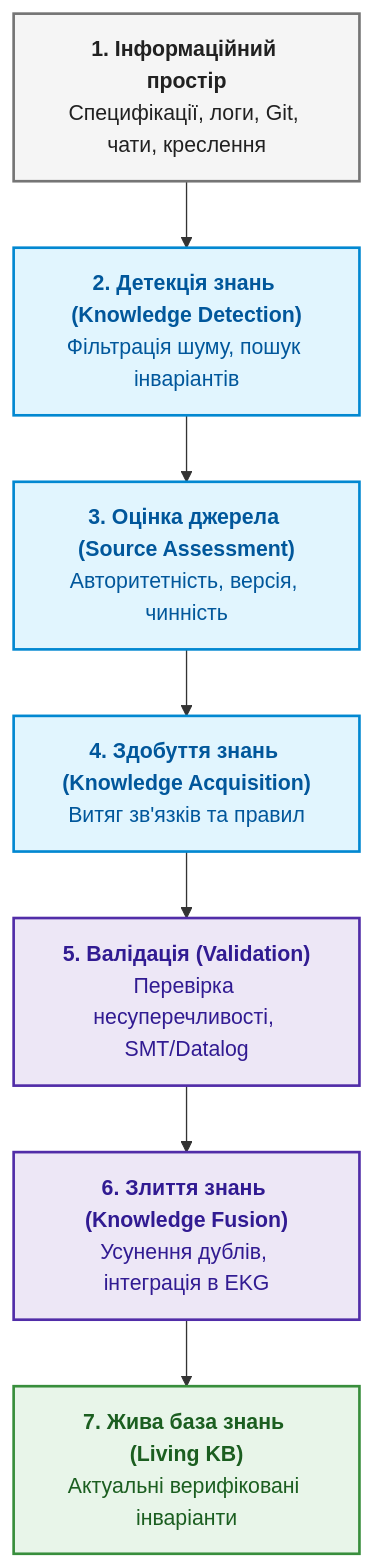
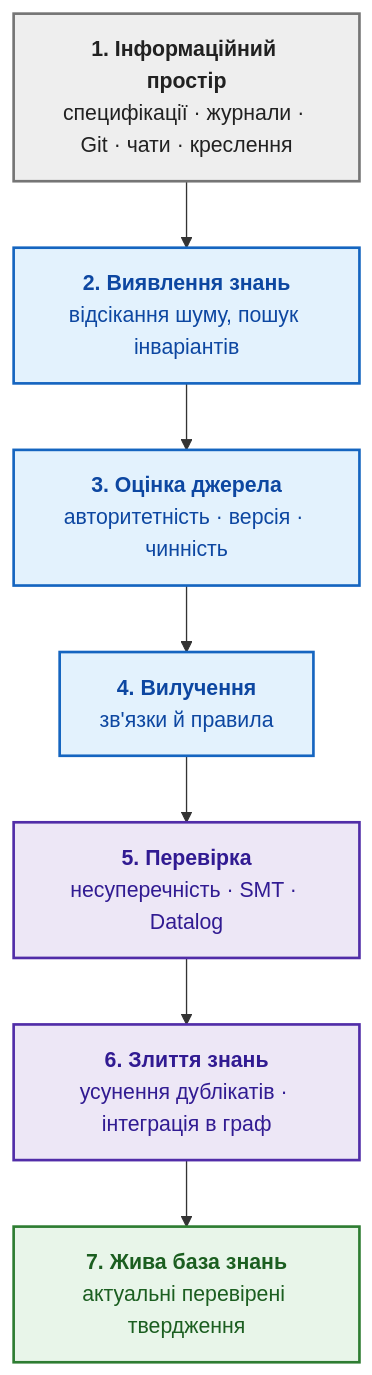
One commit to nick-fedchik/articles changed the ninth of 9 diagrams in ExpertSystem/ch10-knowledge-acquisition-systems.md. Above: the diagram before and after it, drawn with Mermaid. The commit also changed other lines of this file, not shown here.

Commit message:
docs(ch10): restructure knowledge acquisition chapter, third-person author practice, explained formulas, bitemporal Go example, verified numbered sources

````diff
--- a/ExpertSystem/ch10-knowledge-acquisition-systems.md
+++ b/ExpertSystem/ch10-knowledge-acquisition-systems.md
@@ -865,22 +687,22 @@
 ```mermaid
 flowchart TD
-    accTitle: Архітектура конвеєра Knowledge Acquisition 2.0
-    accDescr: Від інформаційного простору через детекцію, оцінку джерела, вилучення, валідацію та злиття до живої бази знань.
+    accTitle: Конвеєр здобуття знань 2.0
+    accDescr: Від інформаційного простору через виявлення знань, оцінку джерела, вилучення, перевірку й злиття до бази знань з актуальними перевіреними твердженнями.
 
-    IS["<b>1. Інформаційний простір</b><br/>Специфікації, логи, Git, чати, креслення"] --> KD["<b>2. Детекція знань (Knowledge Detection)</b><br/>Фільтрація шуму, пошук інваріантів"]
-    KD --> SA["<b>3. Оцінка джерела (Source Assessment)</b><br/>Авторитетність, версія, чинність"]
-    SA --> KA["<b>4. Здобуття знань (Knowledge Acquisition)</b><br/>Витяг зв'язків та правил"]
-    KA --> VAL["<b>5. Валідація (Validation)</b><br/>Перевірка несуперечливості, SMT/Datalog"]
-    VAL --> FUS["<b>6. Злиття знань (Knowledge Fusion)</b><br/>Усунення дублів, інтеграція в EKG"]
-    FUS --> LKB["<b>7. Жива база знань (Living KB)</b><br/>Актуальні верифіковані інваріанти"]
+    IS["<b>1. Інформаційний простір</b><br/>специфікації · журнали · Git · чати · креслення"] --> KD["<b>2. Виявлення знань</b><br/>відсікання шуму, пошук інваріантів"]
+    KD --> SA["<b>3. Оцінка джерела</b><br/>авторитетність · версія · чинність"]
+    SA --> KA["<b>4. Вилучення</b><br/>зв'язки й правила"]
+    KA --> VAL["<b>5. Перевірка</b><br/>несуперечність · SMT · Datalog"]
+    VAL --> FUS["<b>6. Злиття знань</b><br/>усунення дублікатів · інтеграція в граф"]
+    FUS --> LKB["<b>7. Жива база знань</b><br/>актуальні перевірені твердження"]
 
-    classDef src fill:#f5f5f5,stroke:#757575,stroke-width:2px,color:#212121;
-    classDef step fill:#e1f5fe,stroke:#0288d1,stroke-width:2px,color:#01579b;
+    classDef src fill:#eeeeee,stroke:#757575,stroke-width:2px,color:#212121;
+    classDef step fill:#e3f2fd,stroke:#1565c0,stroke-width:2px,color:#0d47a1;
     classDef check fill:#ede7f6,stroke:#512da8,stroke-width:2px,color:#311b92;
-    classDef res fill:#e8f5e9,stroke:#388e3c,stroke-width:2px,color:#1b5e20;
+    classDef res fill:#e8f5e9,stroke:#2e7d32,stroke-width:2px,color:#1b5e20;
 
     class IS src;
     class KD,SA,KA step;
     class VAL,FUS check;
     class LKB res;
 ```
````
